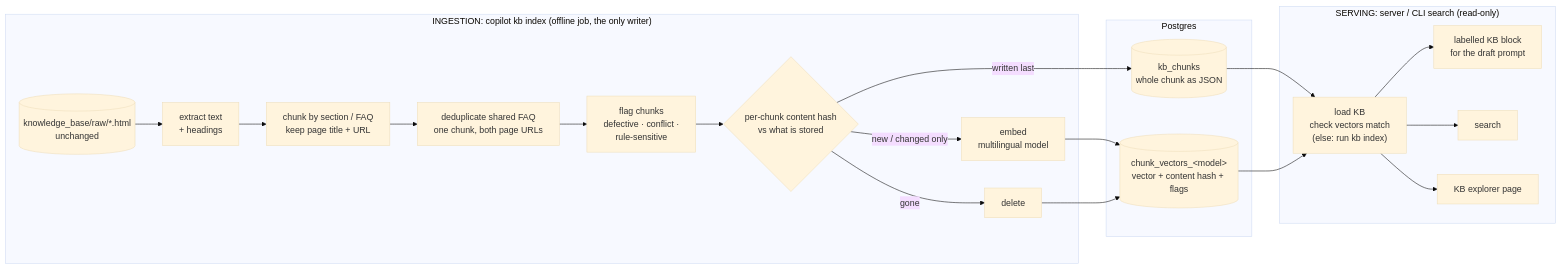
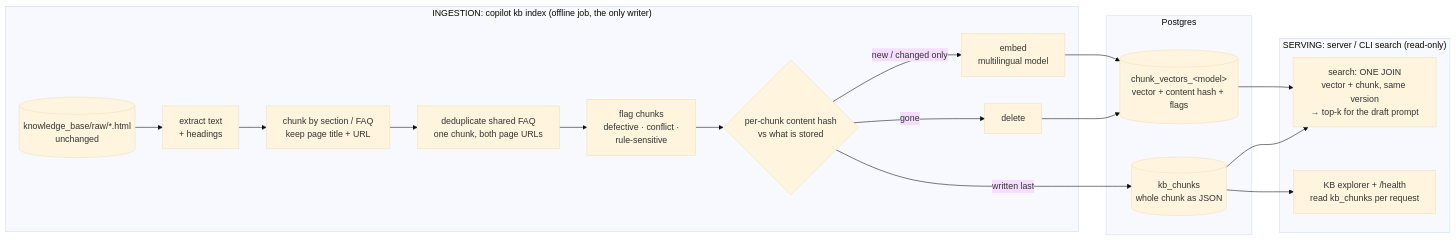
Before and after one commit to mohabashraf/support-copilot: the ninth of 13 diagrams in docs/ARCHITECTURE.md, drawn with Mermaid (base theme). The commit also changed other lines of this file and 26 other files, not shown here.

````diff
--- a/docs/ARCHITECTURE.md
+++ b/docs/ARCHITECTURE.md
@@ -316,27 +316,26 @@
 ```mermaid
 flowchart LR
     subgraph ING["INGESTION: copilot kb index (offline job, the only writer)"]
         RAW[("knowledge_base/raw/*.html<br/>unchanged")] --> EXT["extract text<br/>+ headings"]
         EXT --> CH["chunk by section / FAQ<br/>keep page title + URL"]
         CH --> DD["deduplicate shared FAQ<br/>one chunk, both page URLs"]
         DD --> FL["flag chunks<br/>defective · conflict ·<br/>rule-sensitive"]
         FL --> DIFF{"per-chunk content hash<br/>vs what is stored"}
         DIFF -->|"new / changed only"| EMB["embed<br/>multilingual model"]
         DIFF -->|"gone"| DEL["delete"]
     end
     subgraph PG["Postgres"]
         VEC[("chunk_vectors_&lt;model&gt;<br/>vector + content hash + flags")]
         KBT[("kb_chunks<br/>whole chunk as JSON")]
     end
     EMB --> VEC
     DEL --> VEC
     DIFF -->|"written last"| KBT
     subgraph SRV["SERVING: server / CLI search (read-only)"]
-        LOAD["load KB<br/>check vectors match<br/>(else: run kb index)"]
-        LOAD --> PROMPT["labelled KB block<br/>for the draft prompt"]
-        LOAD --> SEARCH["search"]
-        LOAD --> EXP["KB explorer page"]
+        SEARCH["search: ONE JOIN<br/>vector + chunk, same version<br/>→ top-k for the draft prompt"]
+        EXP["KB explorer + /health<br/>read kb_chunks per request"]
     end
-    KBT --> LOAD
-    VEC --> LOAD
+    KBT --> SEARCH
+    VEC --> SEARCH
+    KBT --> EXP
 ```
````
